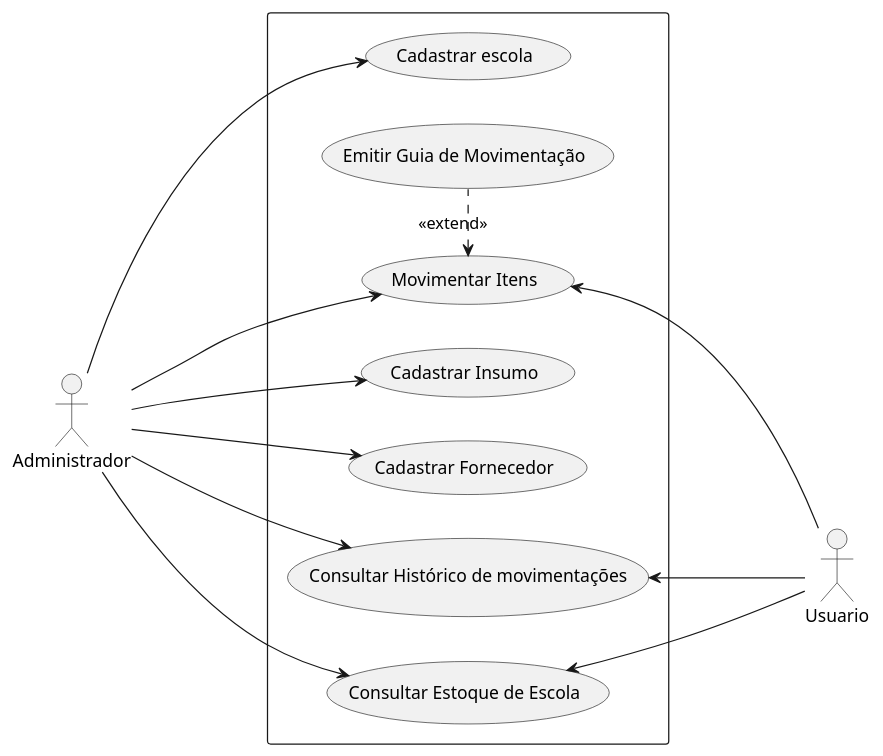
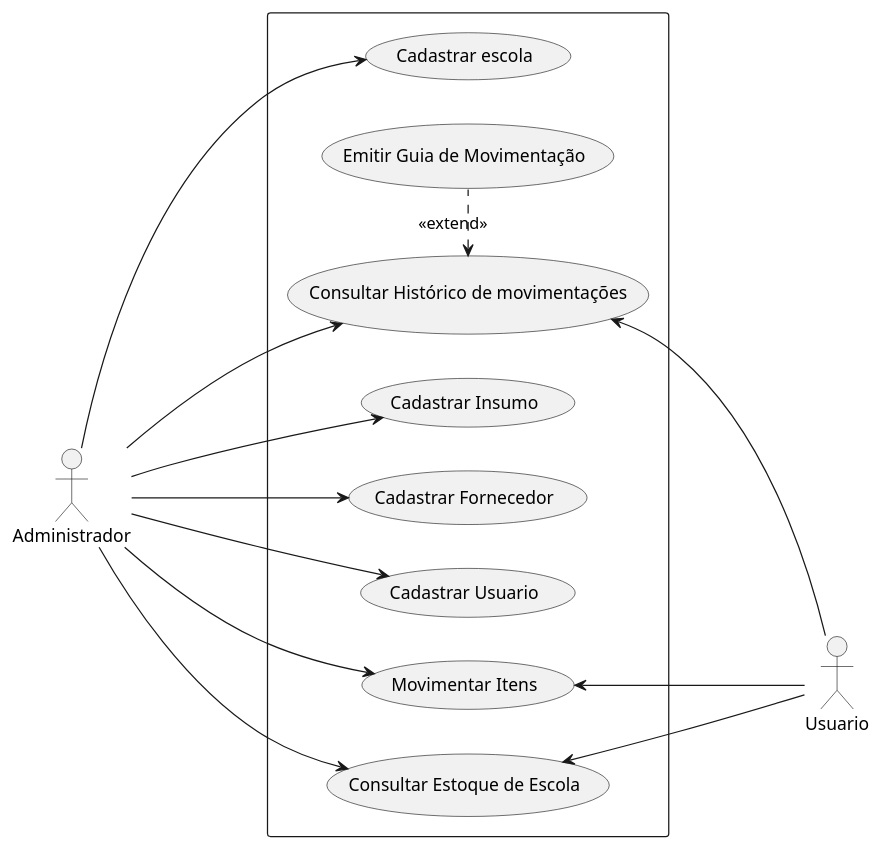
Before and after one commit to NOCKjr/TESI_I_PROJETO_ESTOQUE: the diagram in diagramas/diagrama-casos-de-uso.puml, drawn with PlantUML.

Commit message:
refactor: Atualiza diagrama de casos de uso adicionando o caso de cadastrar usuário

```diff
--- a/diagramas/diagrama-casos-de-uso.puml
+++ b/diagramas/diagrama-casos-de-uso.puml
@@ -1,31 +1,32 @@
 @startuml Diagrama de Casos de Uso
 'https://plantuml.com/use-case-diagram
 
 left to right direction
 
 rectangle {
 
     (Cadastrar escola) as (UC01)
     (Cadastrar Insumo) as (UC02)
     (Cadastrar Fornecedor) as (UC03)
-    (Consultar Histórico de movimentações) as (UC04)
-    (Movimentar Itens) as (UC05)
+    (Cadastrar Usuario) as (UC04)
+    (Consultar Histórico de movimentações) as (UC05)
+    (Movimentar Itens) as (UC06)
     (Emitir Guia de Movimentação) as (UC07)
     (Consultar Estoque de Escola) as (UC08)
 }
 
 Administrador -> (UC01)
 Administrador --> (UC02)
 Administrador --> (UC03)
 Administrador ---> (UC04)
 Administrador ---> (UC05)
+Administrador ---> (UC06)
 Administrador --> (UC08)
 
-(UC04) <--- Usuario
 (UC05) <--- Usuario 
+(UC06) <--- Usuario
 (UC08) <--- Usuario
 
 (UC05) <. (UC07) : <<extend>>
 
-' (UC06) .. (UC07) : <<extend>>
 @enduml
```
